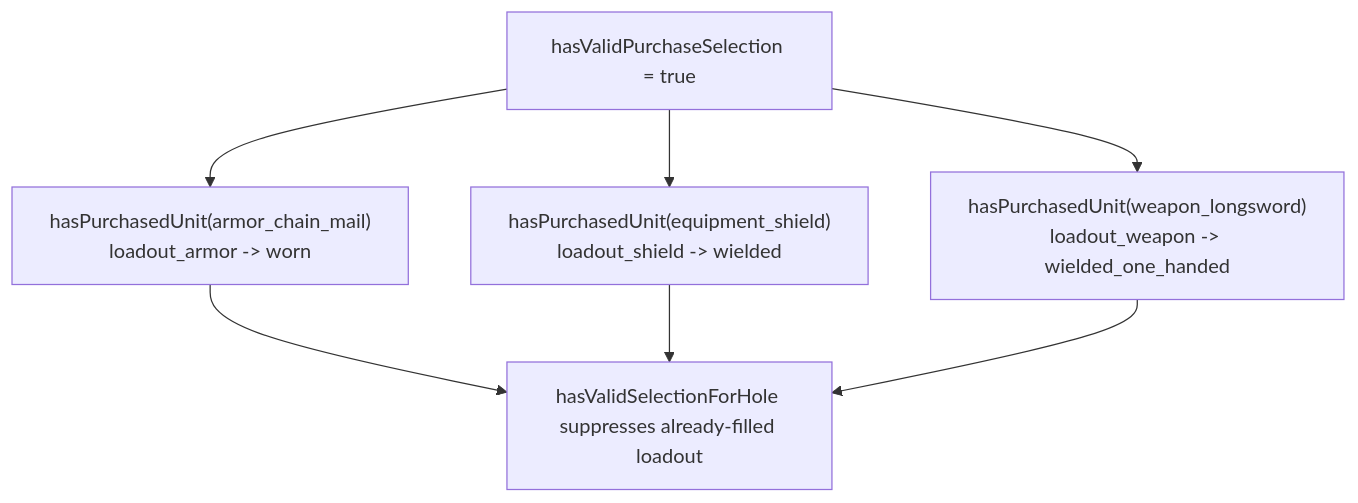
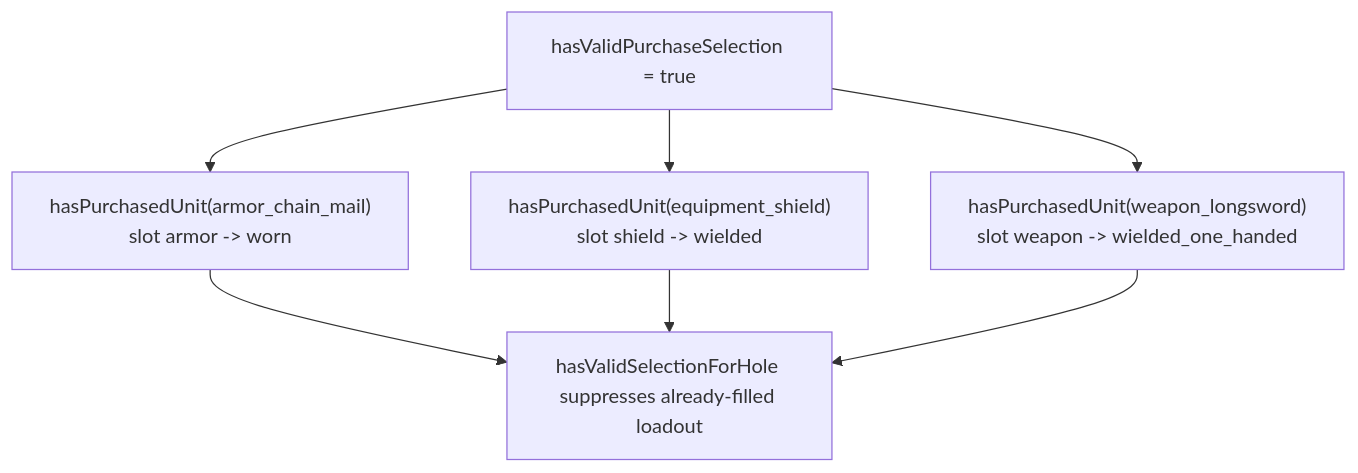
Before and after one commit to dearlordylord/5e-quint: the eighth of 10 diagrams in packages/character-creation-runtime/EXPLANATORY_TIME_DIAGRAM.md, drawn with Mermaid. The commit also changed other lines of this file and 25 other files, not shown here.

````diff
--- a/packages/character-creation-runtime/EXPLANATORY_TIME_DIAGRAM.md
+++ b/packages/character-creation-runtime/EXPLANATORY_TIME_DIAGRAM.md
@@ -453,12 +455,12 @@
 ```mermaid
 flowchart TD
   Purchased["hasValidPurchaseSelection = true"]
-  Armor["hasPurchasedUnit(armor_chain_mail)<br/>loadout_armor -> worn"]
-  Shield["hasPurchasedUnit(equipment_shield)<br/>loadout_shield -> wielded"]
-  Weapon["hasPurchasedUnit(weapon_longsword)<br/>loadout_weapon -> wielded_one_handed"]
+  Armor["hasPurchasedUnit(armor_chain_mail)<br/>slot armor -> worn"]
+  Shield["hasPurchasedUnit(equipment_shield)<br/>slot shield -> wielded"]
+  Weapon["hasPurchasedUnit(weapon_longsword)<br/>slot weapon -> wielded_one_handed"]
   Suppress["hasValidSelectionForHole suppresses already-filled loadout"]
 
   Purchased --> Armor --> Suppress
   Purchased --> Shield --> Suppress
   Purchased --> Weapon --> Suppress
 ```
````
